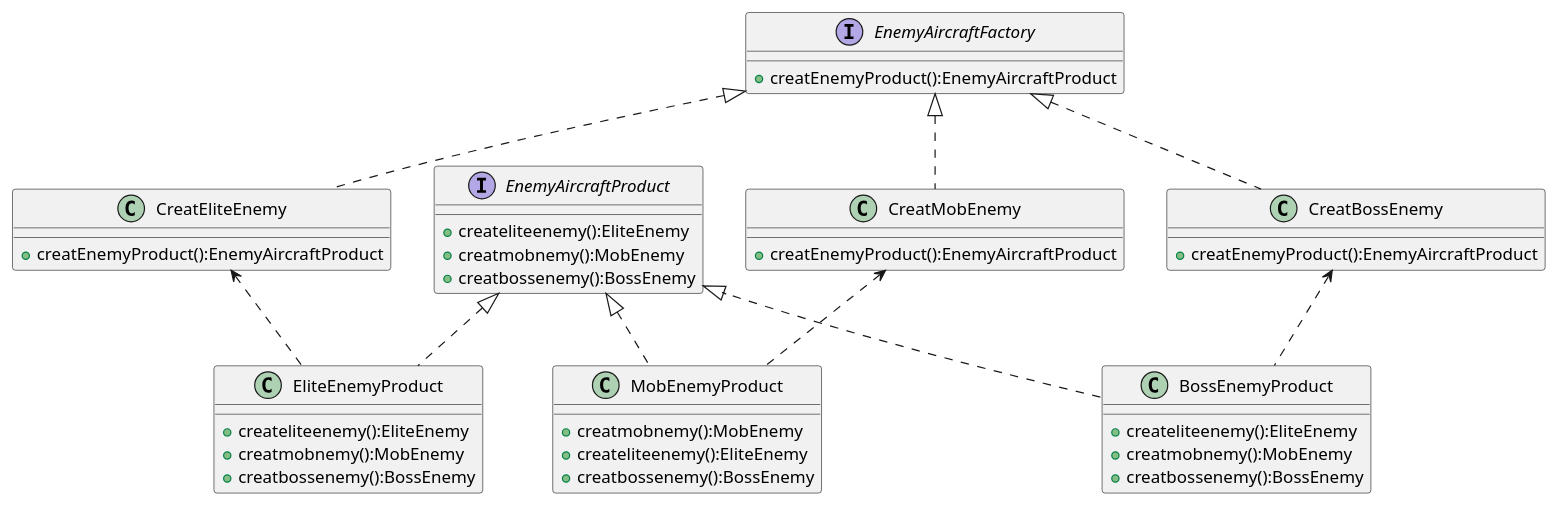
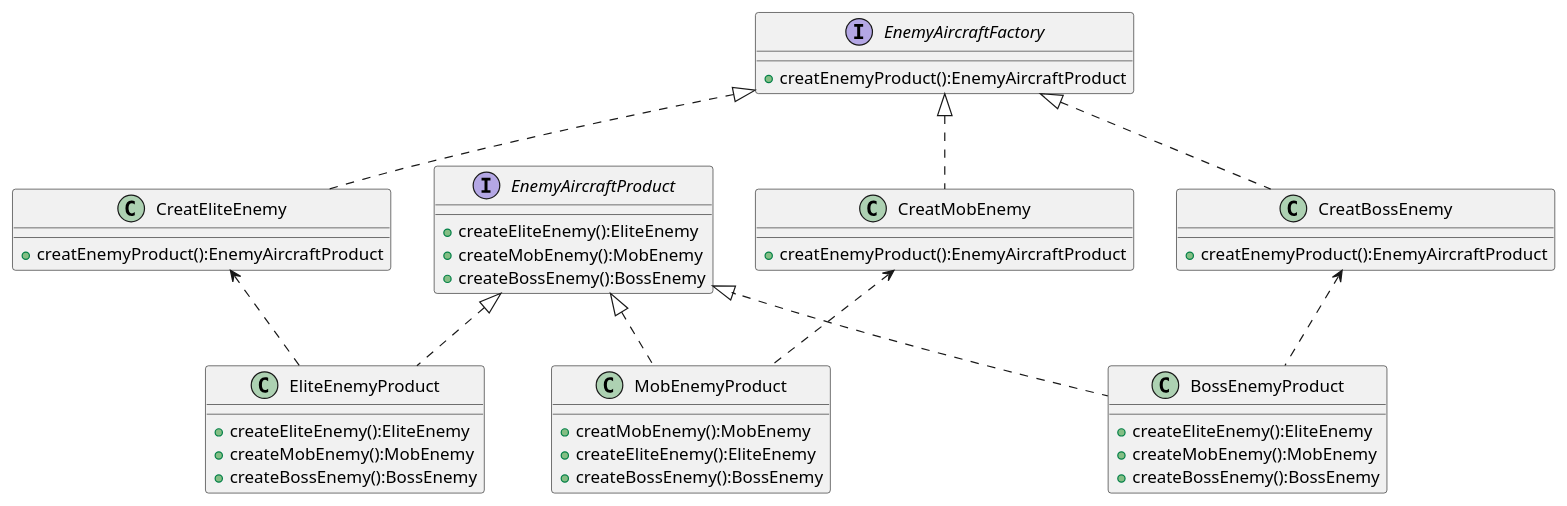
Before and after one commit to violence-max/GameAircraft: the diagram in uml/enemyfactory.puml, drawn with PlantUML. The commit also changed 16 other files, not shown here.

Commit message:
refactor:重写了单例模式、工厂模式、策略模式和数据访问对象模式的类图，新增了观察者模式和模板方法模式的类图

```diff
--- a/uml/enemyfactory.puml
+++ b/uml/enemyfactory.puml
@@ -1,56 +1,56 @@
 @startuml
 'https://plantuml.com/class-diagram
 
 interface EnemyAircraftFactory{
     + creatEnemyProduct():EnemyAircraftProduct
 }
 
 interface EnemyAircraftProduct{
-    + createliteenemy():EliteEnemy
-    + creatmobnemy():MobEnemy
-    + creatbossenemy():BossEnemy
+    + createEliteEnemy():EliteEnemy
+    + createMobEnemy():MobEnemy
+    + createBossEnemy():BossEnemy
 }
 
 EnemyAircraftProduct <|.. EliteEnemyProduct
 EnemyAircraftProduct <|.. MobEnemyProduct
 EnemyAircraftProduct <|.. BossEnemyProduct
 
 EnemyAircraftFactory <|.. CreatEliteEnemy
 EnemyAircraftFactory <|.. CreatMobEnemy
 EnemyAircraftFactory <|.. CreatBossEnemy
 
 CreatMobEnemy <.. MobEnemyProduct
 CreatEliteEnemy <.. EliteEnemyProduct
 CreatBossEnemy <.. BossEnemyProduct
 
 class CreatEliteEnemy{
     + creatEnemyProduct():EnemyAircraftProduct
 }
 
 class CreatMobEnemy{
     + creatEnemyProduct():EnemyAircraftProduct
 }
 
 class CreatBossEnemy{
     + creatEnemyProduct():EnemyAircraftProduct
 }
 
 class MobEnemyProduct {
-    + creatmobnemy():MobEnemy
-    + createliteenemy():EliteEnemy
-    + creatbossenemy():BossEnemy
+    + creatMobEnemy():MobEnemy
+    + createEliteEnemy():EliteEnemy
+    + createBossEnemy():BossEnemy
 }
 
 class EliteEnemyProduct {
-    + createliteenemy():EliteEnemy
-    + creatmobnemy():MobEnemy
-    + creatbossenemy():BossEnemy
+    + createEliteEnemy():EliteEnemy
+    + createMobEnemy():MobEnemy
+    + createBossEnemy():BossEnemy
 }
 
 class BossEnemyProduct{
-    + createliteenemy():EliteEnemy
-    + creatmobnemy():MobEnemy
-    + creatbossenemy():BossEnemy
+    + createEliteEnemy():EliteEnemy
+    + createMobEnemy():MobEnemy
+    + createBossEnemy():BossEnemy
 }
 
 @enduml
```
